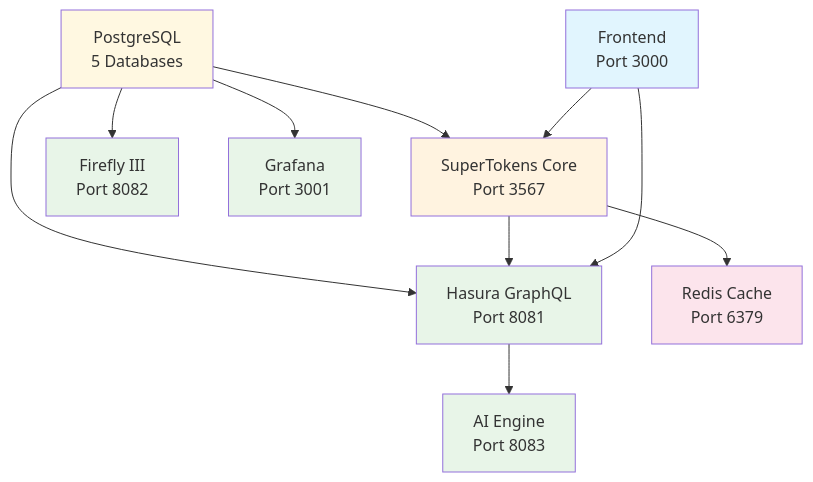
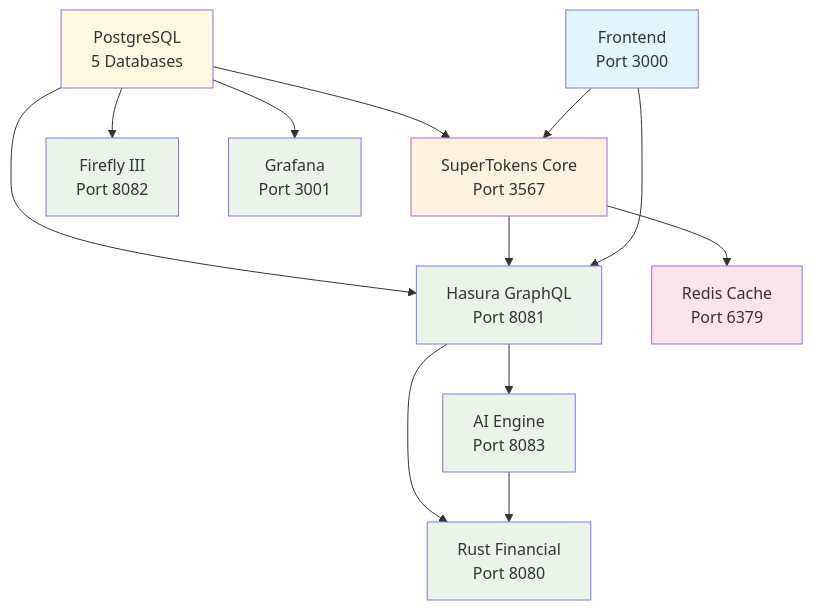
Before and after one commit to mattjutt1/Atlas-Financial: the second of 8 diagrams in docs/memory/knowledge-graph/system-architecture_v1.md, drawn with Mermaid. The commit also changed other lines of this file and 33 other files, not shown here.

First line of the commit message:
feat(atlas-financial): complete Phase 1.4 - Hasura GraphQL + Rust Financial Engine integration

````diff
--- a/docs/memory/knowledge-graph/system-architecture_v1.md
+++ b/docs/memory/knowledge-graph/system-architecture_v1.md
@@ -281,24 +300,26 @@
 ```mermaid
 graph TD
     A[PostgreSQL<br/>5 Databases] --> B[SuperTokens Core<br/>Port 3567]
     A --> C[Firefly III<br/>Port 8082]
     A --> D[Hasura GraphQL<br/>Port 8081]
     A --> E[Grafana<br/>Port 3001]
     B --> D
     B --> F[Redis Cache<br/>Port 6379]
     D --> G[AI Engine<br/>Port 8083]
+    D --> I[Rust Financial<br/>Port 8080]
+    G --> I
     H[Frontend<br/>Port 3000] --> B
     H --> D
     
     classDef database fill:#fff8e1
     classDef auth fill:#fff3e0
     classDef service fill:#e8f5e8
     classDef cache fill:#fce4ec
     classDef frontend fill:#e1f5fe
     
     class A database
     class B auth
-    class C,D,E,G service
+    class C,D,E,G,I service
     class F cache
     class H frontend
 ```
````
